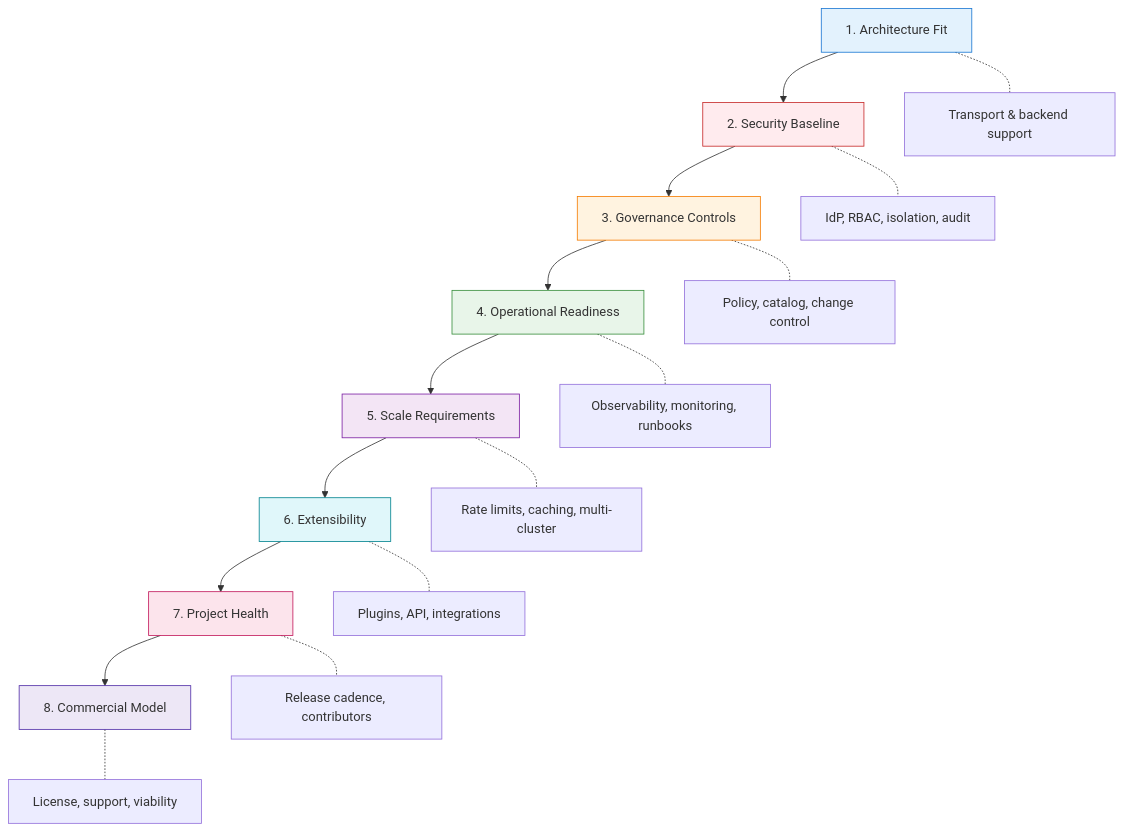
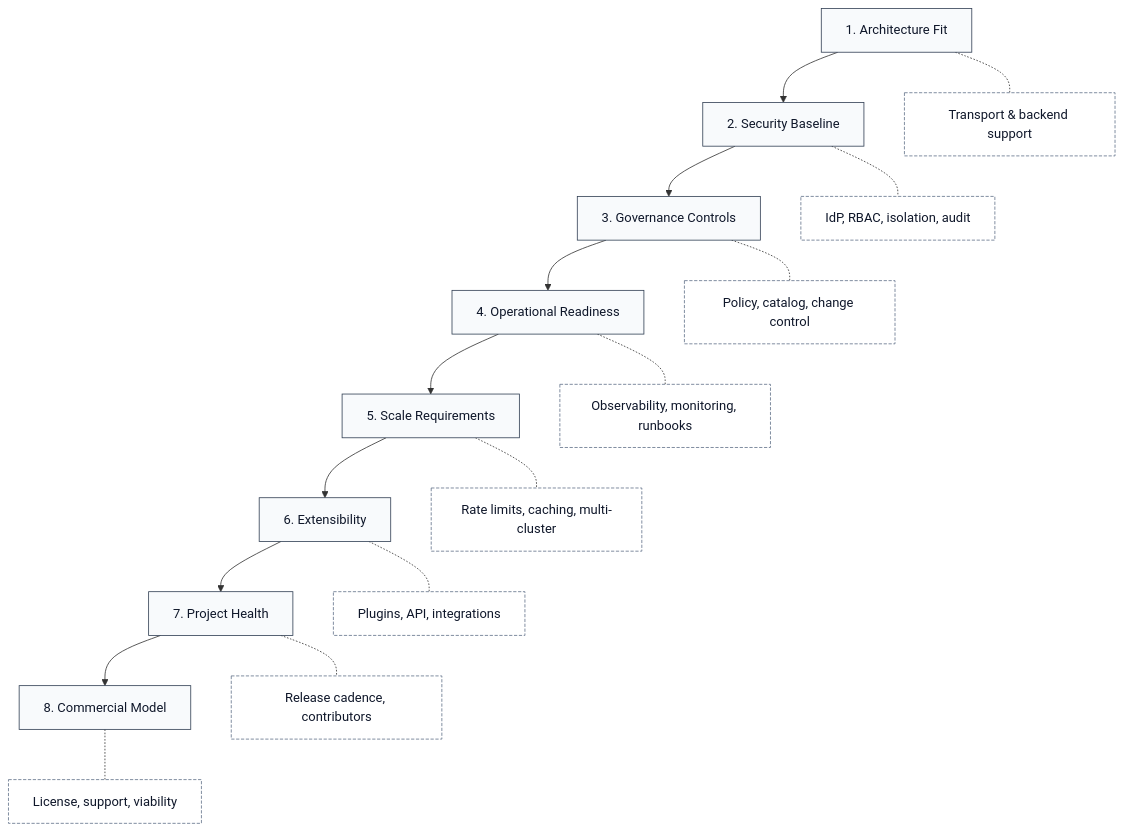
The fifth of 5 diagrams in docs/docs/best-practices/selecting-an-mcp-gateway.md (tedhabeck/mcp-context-forge), drawn with Mermaid before and after one commit. The commit also changed other lines of this file and 147 other files, not shown here.

First line of the commit message:
docs: refresh docs formatting, links, and diagrams (#2624)

````diff
--- a/docs/docs/best-practices/selecting-an-mcp-gateway.md
+++ b/docs/docs/best-practices/selecting-an-mcp-gateway.md
@@ -792,28 +785,24 @@
 ```mermaid
 flowchart TD
     A["1. Architecture Fit"] --> B["2. Security Baseline"]
     B --> C["3. Governance Controls"]
     C --> D["4. Operational Readiness"]
     D --> E["5. Scale Requirements"]
     E --> F["6. Extensibility"]
     F --> G["7. Project Health"]
     G --> H["8. Commercial Model"]
 
     A -.- a1["Transport & backend support"]
     B -.- b1["IdP, RBAC, isolation, audit"]
     C -.- c1["Policy, catalog, change control"]
     D -.- d1["Observability, monitoring, runbooks"]
     E -.- e1["Rate limits, caching, multi-cluster"]
     F -.- f1["Plugins, API, integrations"]
     G -.- g1["Release cadence, contributors"]
     H -.- h1["License, support, viability"]
 
-    style A fill:#e3f2fd,stroke:#1976d2
-    style B fill:#ffebee,stroke:#c62828
-    style C fill:#fff3e0,stroke:#f57c00
-    style D fill:#e8f5e9,stroke:#388e3c
-    style E fill:#f3e5f5,stroke:#7b1fa2
-    style F fill:#e0f7fa,stroke:#00838f
-    style G fill:#fce4ec,stroke:#c2185b
-    style H fill:#ede7f6,stroke:#512da8
+    classDef step fill:#f8fafc,stroke:#334155,color:#0f172a;
+    classDef note fill:#ffffff,stroke:#64748b,color:#0f172a,stroke-dasharray: 4 2;
+    class A,B,C,D,E,F,G,H step;
+    class a1,b1,c1,d1,e1,f1,g1,h1 note;
 ```
````
